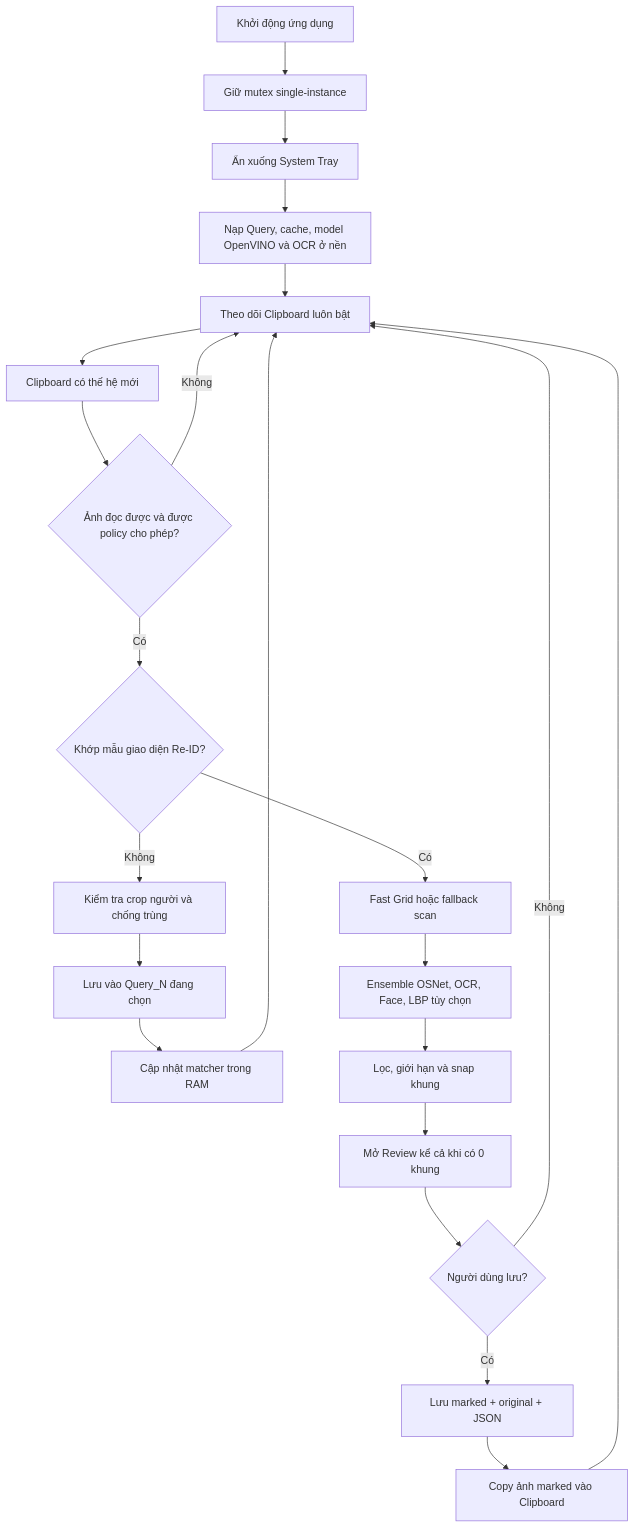
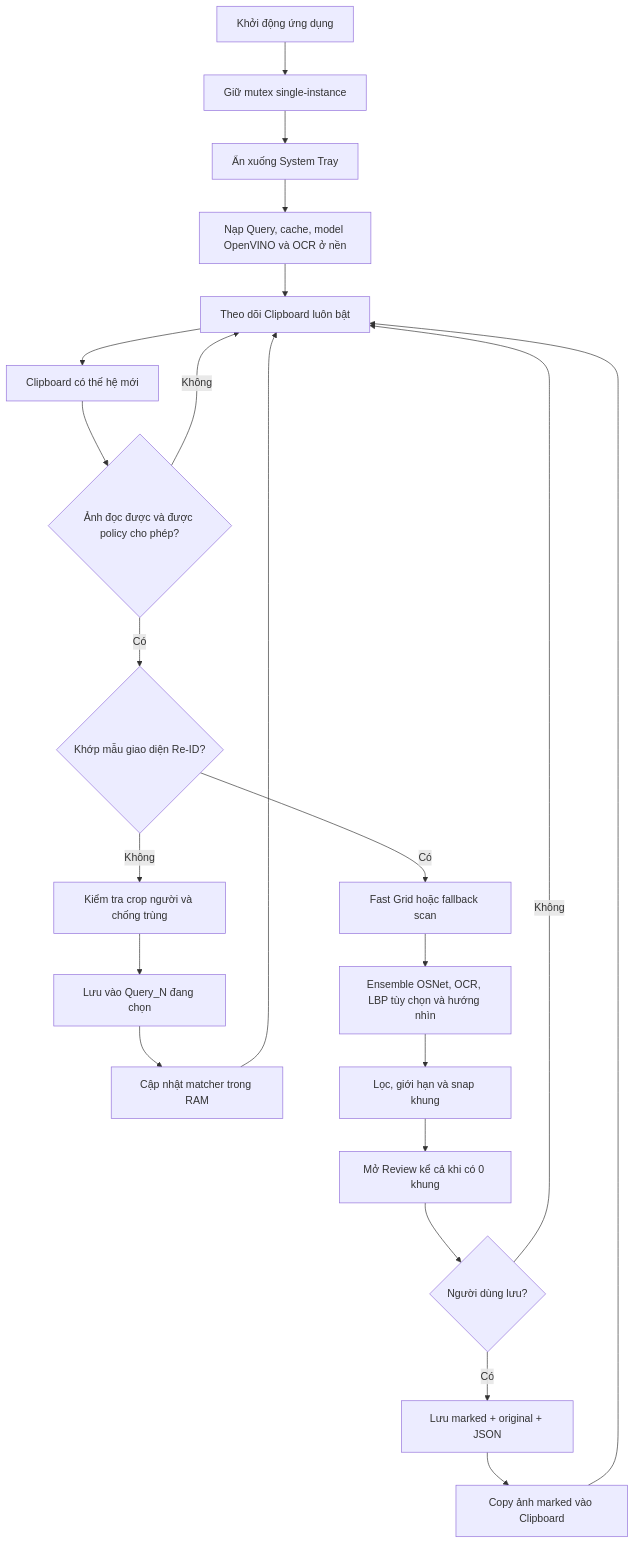
Before and after one commit to NDCLI/ReID: the diagram in APP_FEATURES_AND_LOGIC.md, drawn with Mermaid. The commit also changed other lines of this file and 17 other files, not shown here.

````diff
--- a/APP_FEATURES_AND_LOGIC.md
+++ b/APP_FEATURES_AND_LOGIC.md
@@ -22,24 +22,24 @@
 ```mermaid
 flowchart TD
     A["Khởi động ứng dụng"] --> B["Giữ mutex single-instance"]
     B --> C["Ẩn xuống System Tray"]
     C --> D["Nạp Query, cache, model OpenVINO và OCR ở nền"]
     D --> E["Theo dõi Clipboard luôn bật"]
     E --> F["Clipboard có thế hệ mới"]
     F --> G{"Ảnh đọc được và được policy cho phép?"}
     G -- "Không" --> E
     G -- "Có" --> H{"Khớp mẫu giao diện Re-ID?"}
     H -- "Không" --> I["Kiểm tra crop người và chống trùng"]
     I --> J["Lưu vào Query_N đang chọn"]
     J --> K["Cập nhật matcher trong RAM"]
     K --> E
     H -- "Có" --> L["Fast Grid hoặc fallback scan"]
-    L --> M["Ensemble OSNet, OCR, Face, LBP tùy chọn"]
+    L --> M["Ensemble OSNet, OCR, LBP tùy chọn và hướng nhìn"]
     M --> N["Lọc, giới hạn và snap khung"]
     N --> O["Mở Review kể cả khi có 0 khung"]
     O --> P{"Người dùng lưu?"}
     P -- "Không" --> E
     P -- "Có" --> Q["Lưu marked + original + JSON"]
     Q --> R["Copy ảnh marked vào Clipboard"]
     R --> E
 ```
````
